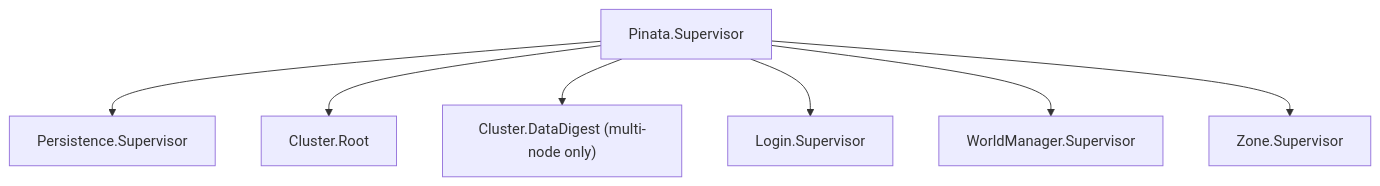
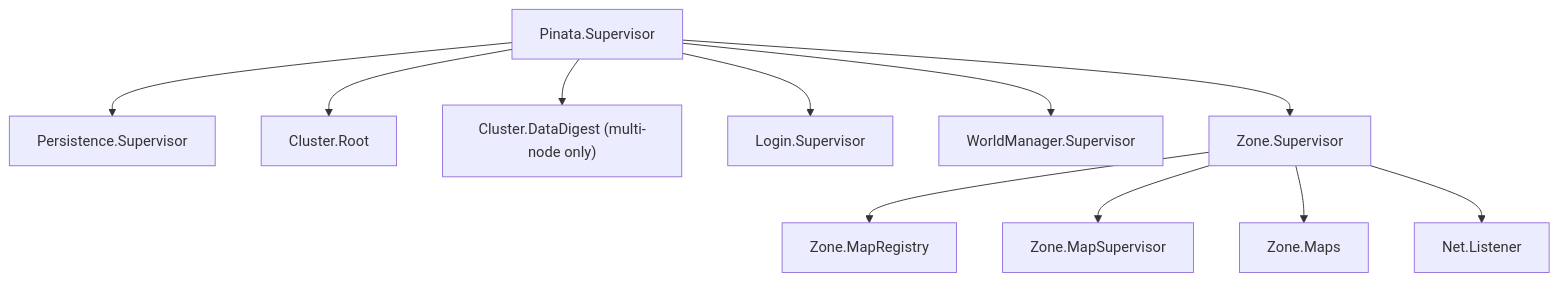
Before and after one commit to wbpascal/pinata: the second of 2 diagrams in server/docs/technical/README.md, drawn with Mermaid. The commit also changed other lines of this file and 32 other files, not shown here.

Commit message:
Map instances, the tick, NPCs placed, the Zone node's address in the map table (#106)

````diff
--- a/server/docs/technical/README.md
+++ b/server/docs/technical/README.md
@@ -42,4 +42,5 @@
 ```mermaid
 flowchart TD
     S[Pinata.Supervisor] --> P[Persistence.Supervisor] & C[Cluster.Root] & D["Cluster.DataDigest (multi-node only)"] & L[Login.Supervisor] & W[WorldManager.Supervisor] & Z[Zone.Supervisor]
+    Z --> ZR[Zone.MapRegistry] & ZS[Zone.MapSupervisor] & ZM[Zone.Maps] & ZL[Net.Listener]
 ```
````
